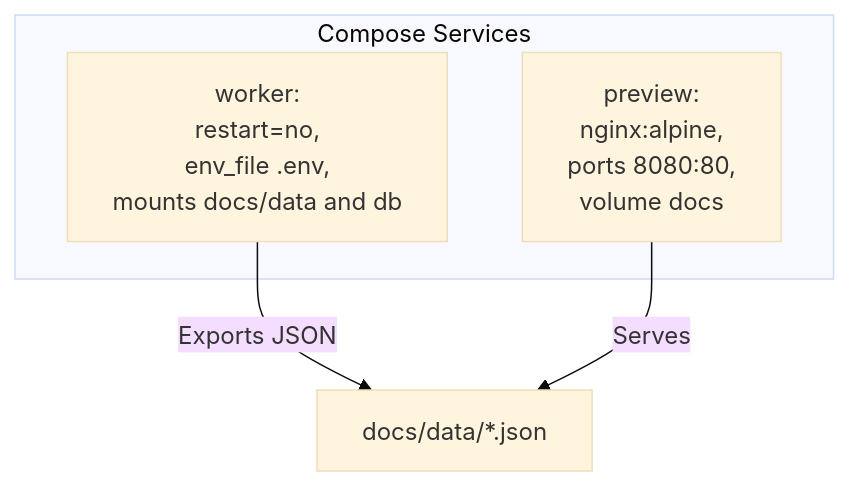
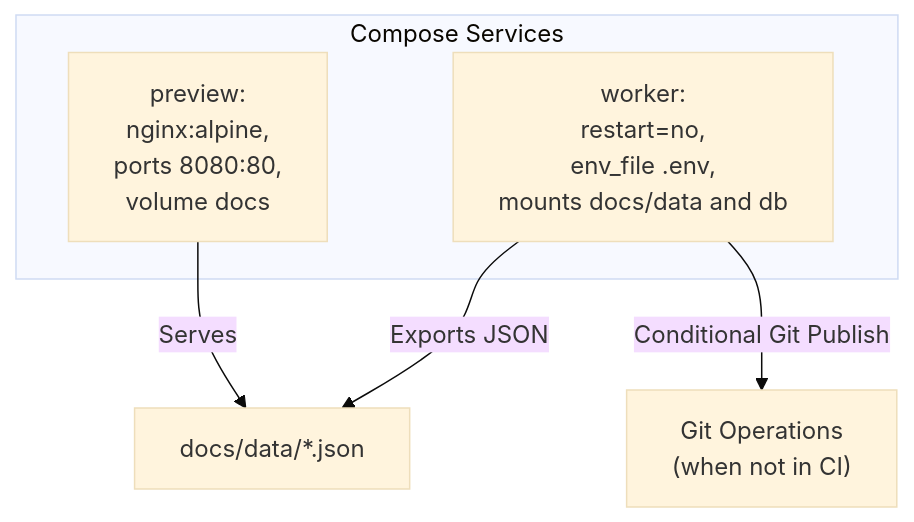
Before and after one commit to shakthi-vinayak/news: the sixth of 9 diagrams in .qoder/repowiki/en/content/Automation and Deployment/CI_CD Pipelines.md, drawn with Mermaid (base theme). The commit also changed other lines of this file and 55 other files, not shown here.

````diff
--- a/.qoder/repowiki/en/content/Automation and Deployment/CI_CD Pipelines.md
+++ b/.qoder/repowiki/en/content/Automation and Deployment/CI_CD Pipelines.md
@@ -239,9 +267,10 @@
 ```mermaid
 graph TB
 subgraph "Compose Services"
 W["worker:<br/>restart=no,<br/>env_file .env,<br/>mounts docs/data and db"]
 P["preview:<br/>nginx:alpine,<br/>ports 8080:80,<br/>volume docs"]
 end
 W --> |"Exports JSON"| Docs["docs/data/*.json"]
+W --> |"Conditional Git Publish"| GitOps["Git Operations<br/>(when not in CI)"]
 P --> |"Serves"| Docs
 ```
````
